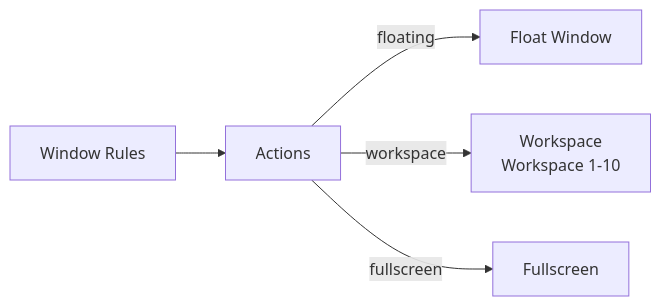
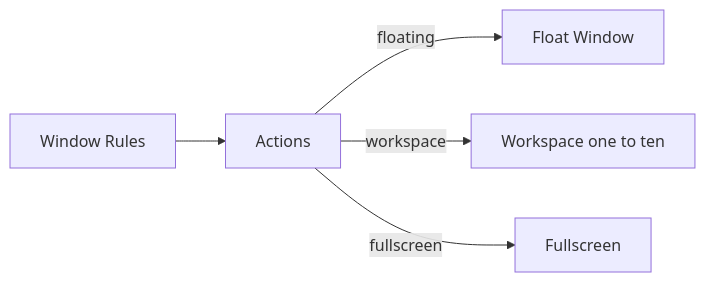
Before and after one commit to 444Nazky/My-Vault: the third of 3 diagrams in System/Caelestia/Caelestia-System-Architecture.md, drawn with Mermaid. The commit also changed other lines of this file and 8 other files, not shown here.

````diff
--- a/System/Caelestia/Caelestia-System-Architecture.md
+++ b/System/Caelestia/Caelestia-System-Architecture.md
@@ -73,7 +73,7 @@
 ```mermaid
 flowchart LR
     Win[Window Rules] --> Act[Actions]
     Act -->|floating| Float[Float Window]
-    Act -->|workspace| WS[Workspace<br/>Workspace 1-10]
+    Act -->|workspace| WS[Workspace one to ten]
     Act -->|fullscreen| Full[Fullscreen]
 ```
````
